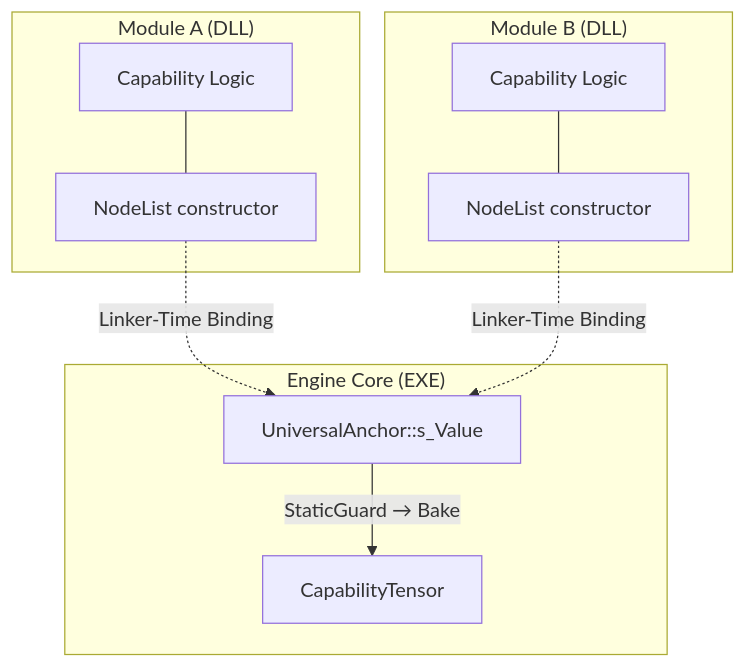
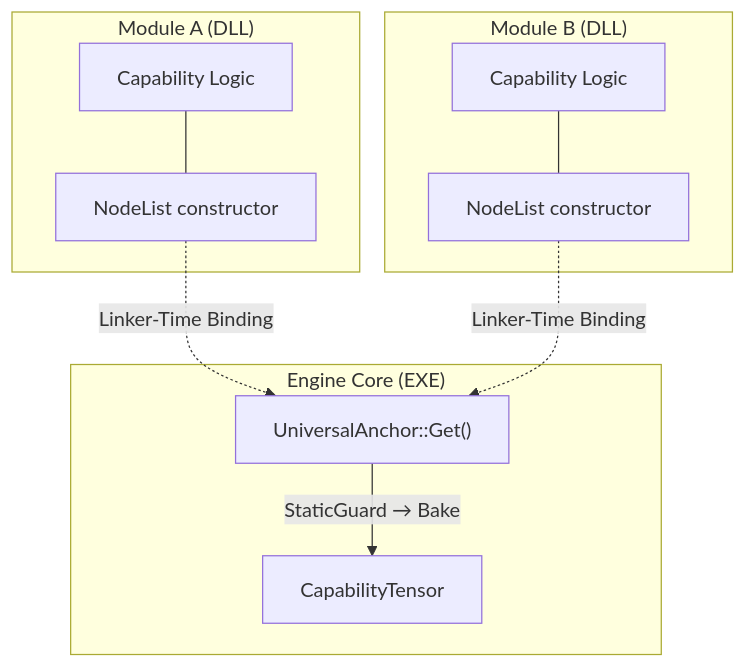
The first of 2 diagrams in README.md (CT-74/CapabilityReconstructionGraph), drawn with Mermaid before and after one commit. The commit also changed 41 other files, not shown here.

````diff
--- a/README.md
+++ b/README.md
@@ -44,16 +44,16 @@
 ```mermaid
 graph TD
     subgraph "Engine Core (EXE)"
-        A["UniversalAnchor::s_Value"] -->|"StaticGuard → Bake"| B["CapabilityTensor"]
+        A["UniversalAnchor::Get()"] -->|"StaticGuard → Bake"| B["CapabilityTensor"]
     end
 
     subgraph "Module A (DLL)"
         C["NodeList constructor"] -.->|"Linker-Time Binding"| A
         D["Capability Logic"] --- C
     end
 
     subgraph "Module B (DLL)"
         E["NodeList constructor"] -.->|"Linker-Time Binding"| A
         F["Capability Logic"] --- E
     end
 ```
````
